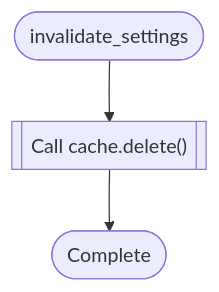
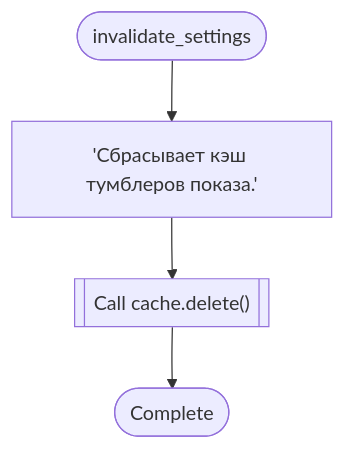
Diagram 14 of 59 in codedebrief-out/codedebrief.md (ihrusl05-rgb/Factoscope), drawn with Mermaid before and after one commit. The commit also changed other lines of this file and 20 other files, not shown here.

````diff
--- a/codedebrief-out/codedebrief.md
+++ b/codedebrief-out/codedebrief.md
@@ -437,8 +447,10 @@
 ```mermaid
 flowchart TD
   mflow_51c04eebecae4b9a_n1(["invalidate_settings"])
-  mflow_51c04eebecae4b9a_n2[["Call cache.delete()"]]
-  mflow_51c04eebecae4b9a_n3(["Complete"])
+  mflow_51c04eebecae4b9a_n2["'Сбрасывает кэш тумблеров показа.'"]
+  mflow_51c04eebecae4b9a_n3[["Call cache.delete()"]]
+  mflow_51c04eebecae4b9a_n4(["Complete"])
   mflow_51c04eebecae4b9a_n1 --> mflow_51c04eebecae4b9a_n2
   mflow_51c04eebecae4b9a_n2 --> mflow_51c04eebecae4b9a_n3
+  mflow_51c04eebecae4b9a_n3 --> mflow_51c04eebecae4b9a_n4
 ```
````
